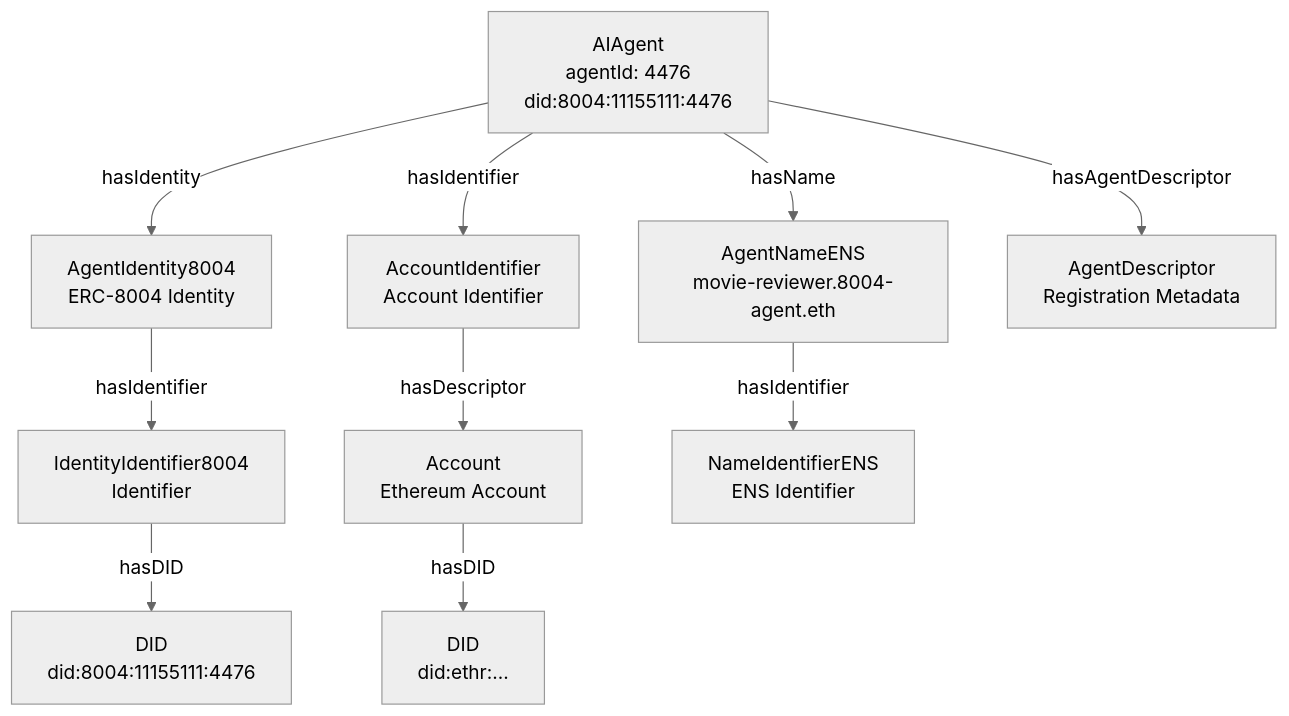
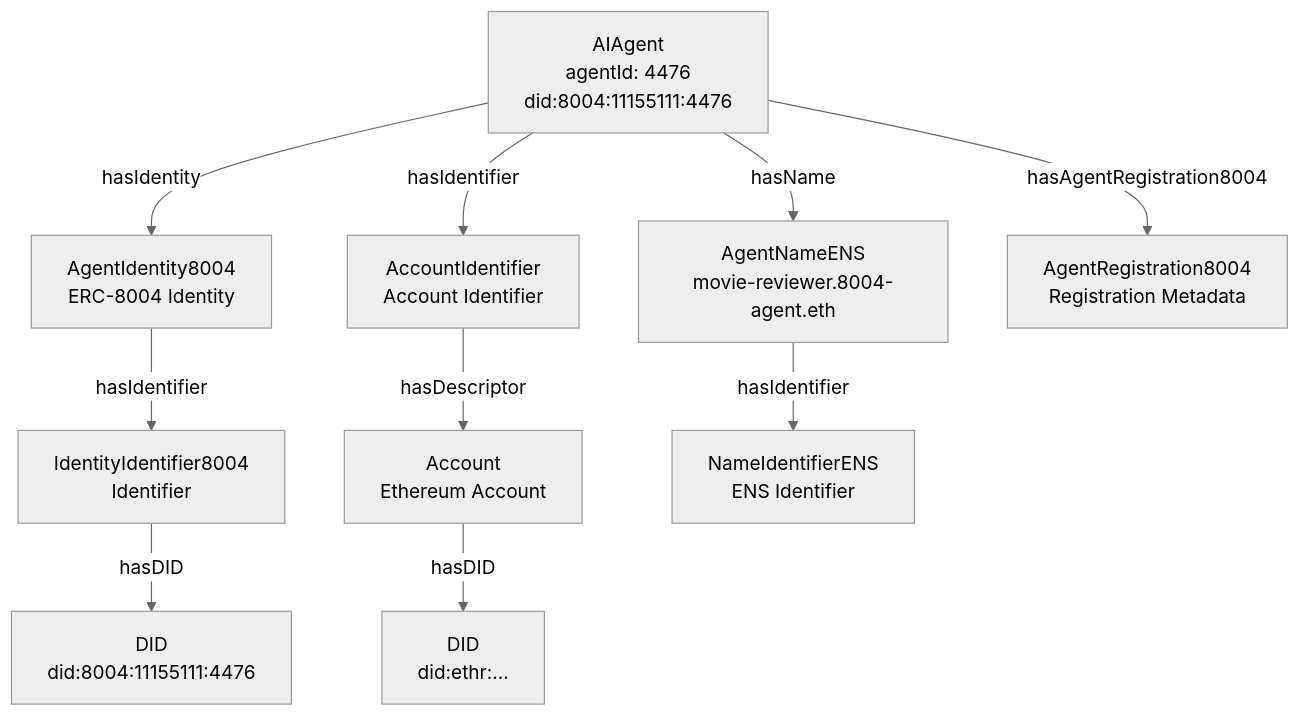
Before and after one commit to Agentic-Trust-Layer/agent-explorer: the first of 3 diagrams in docs/ontology/agent-4476.md, drawn with Mermaid (neutral theme). The commit also changed other lines of this file and 3 other files, not shown here.

````diff
--- a/docs/ontology/agent-4476.md
+++ b/docs/ontology/agent-4476.md
@@ -516,30 +479,30 @@
 ```mermaid
 graph TB
     Agent["AIAgent<br/>agentId: 4476<br/>did:8004:11155111:4476"]
     
     Identity["AgentIdentity8004<br/>ERC-8004 Identity"]
     IdentityIdentifier["IdentityIdentifier8004<br/>Identifier"]
     DID["DID<br/>did:8004:11155111:4476"]
     
     AccountIdentifier["AccountIdentifier<br/>Account Identifier"]
     Account["Account<br/>Ethereum Account"]
     AccountDID["DID<br/>did:ethr:..."]
     
     ENSName["AgentNameENS<br/>movie-reviewer.8004-agent.eth"]
     ENSIdentifier["NameIdentifierENS<br/>ENS Identifier"]
     
-    AgentDescriptor["AgentDescriptor<br/>Registration Metadata"]
+    AgentDescriptor["AgentRegistration8004<br/>Registration Metadata"]
     
     Agent -->|hasIdentity| Identity
     Identity -->|hasIdentifier| IdentityIdentifier
     IdentityIdentifier -->|hasDID| DID
     
     Agent -->|hasIdentifier| AccountIdentifier
     AccountIdentifier -->|hasDescriptor| Account
     Account -->|hasDID| AccountDID
     
     Agent -->|hasName| ENSName
     ENSName -->|hasIdentifier| ENSIdentifier
     
-    Agent -->|hasAgentDescriptor| AgentDescriptor
+    Agent -->|hasAgentRegistration8004| AgentDescriptor
 ```
````
